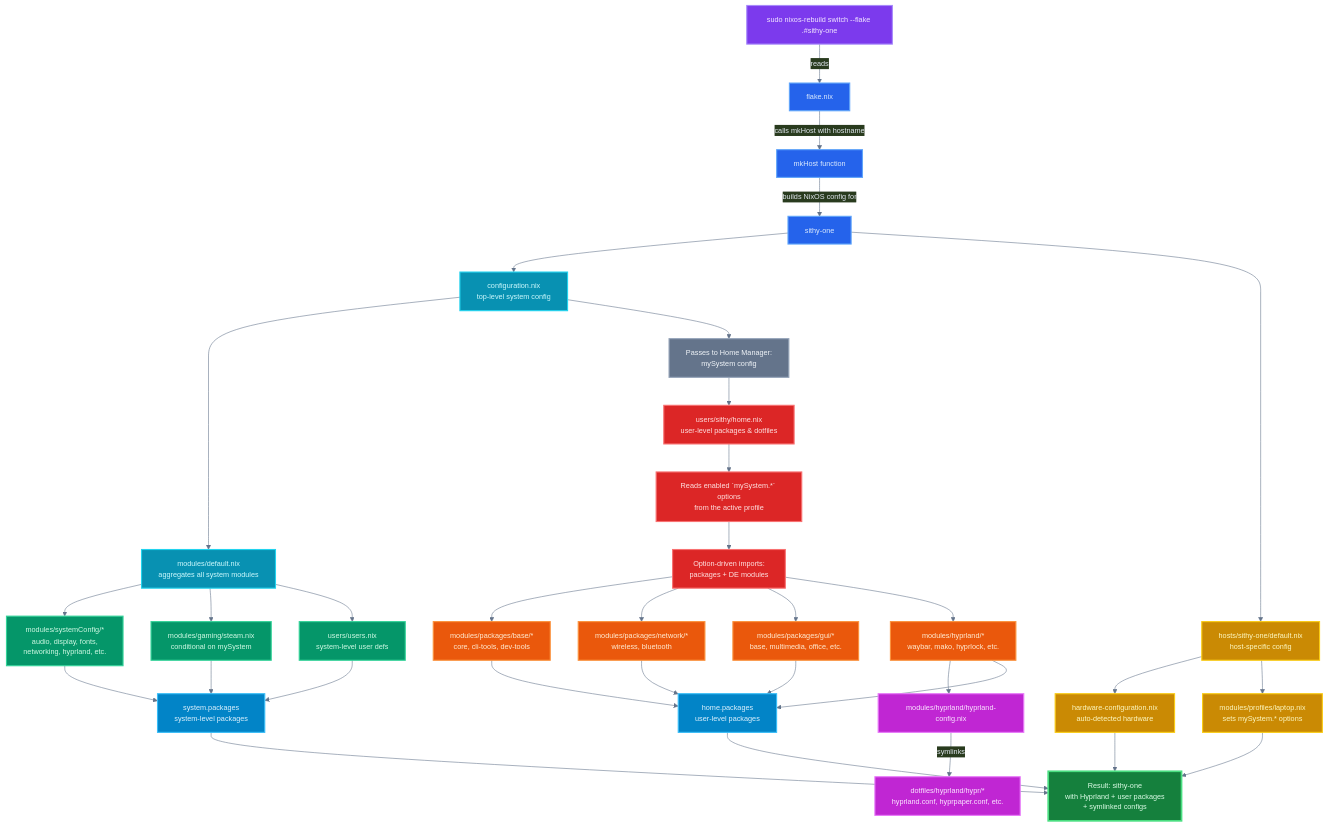
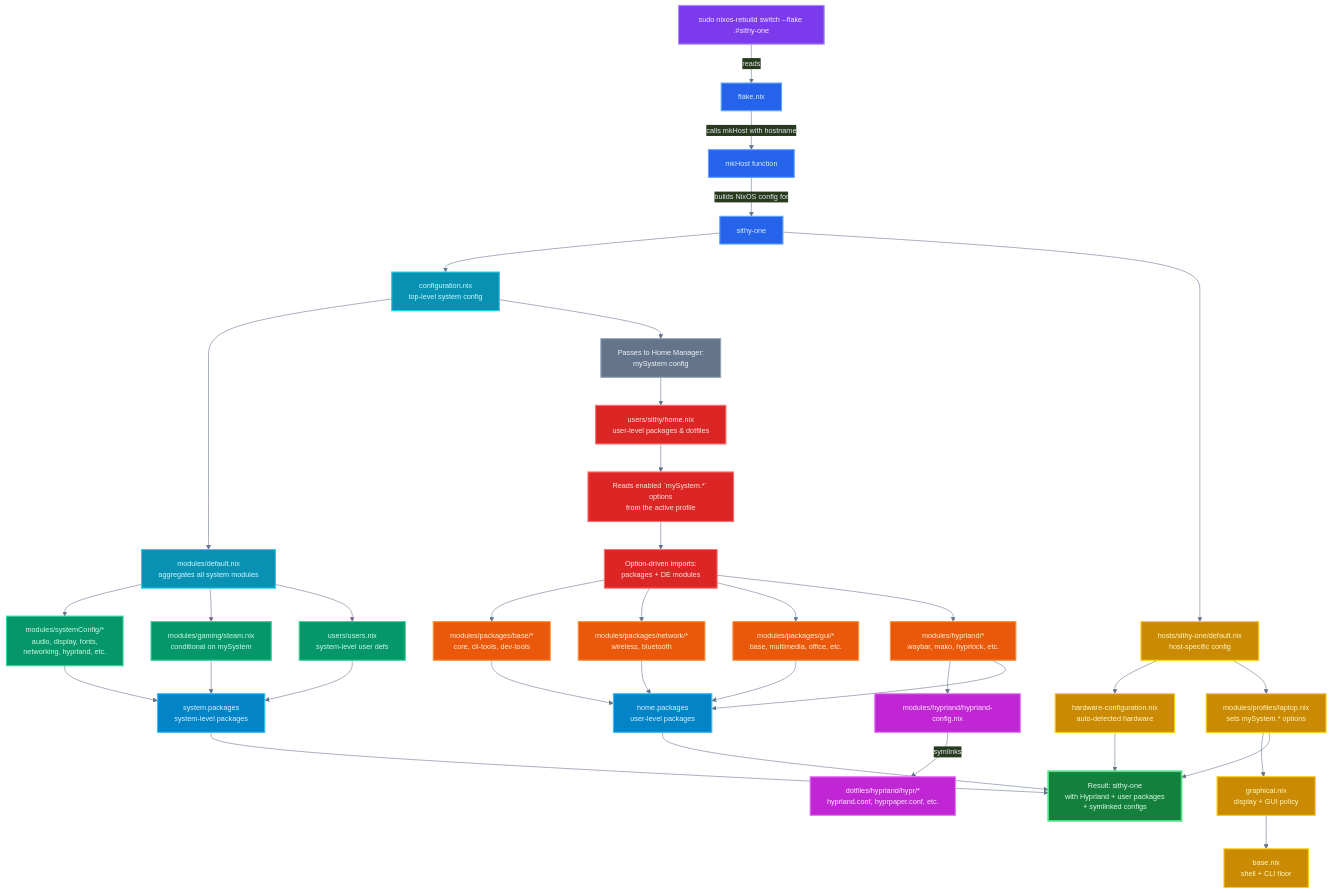
One commit to sithypenguin/nix-config changed the diagram in README.md. Above: the diagram before and after it, drawn with Mermaid. The commit also changed other lines of this file and 10 other files, not shown here.

````diff
--- a/README.md
+++ b/README.md
@@ -44,62 +83,64 @@
 ```mermaid
 %%{init: {'theme':'base', 'themeVariables': {
   'primaryColor':'#1e293b',
   'primaryTextColor':'#e2e8f0',
   'primaryBorderColor':'#475569',
   'lineColor':'#64748b',
   'fontSize':'13px',
   'fontFamily':'monospace'
 }}}%%
 graph TD
     A["sudo nixos-rebuild switch --flake .#sithy-one"]:::command -->|reads| B["flake.nix"]:::flake
     B -->|calls mkHost with hostname| C["mkHost function"]:::flake
     C -->|builds NixOS config for| D["sithy-one"]:::flake
-    
+
     D --> E["configuration.nix<br/>top-level system config"]:::sysConfig
     E --> F["modules/default.nix<br/>aggregates all system modules"]:::sysConfig
     F --> G["modules/systemConfig/*<br/>audio, display, fonts,<br/>networking, hyprland, etc."]:::sysModules
     F --> H["modules/gaming/steam.nix<br/>conditional on mySystem"]:::sysModules
     F --> I["users/users.nix<br/>system-level user defs"]:::sysModules
-    
+
     D --> J["hosts/sithy-one/default.nix<br/>host-specific config"]:::hostFiles
     J --> K["hardware-configuration.nix<br/>auto-detected hardware"]:::hostFiles
     J --> L["modules/profiles/laptop.nix<br/>sets mySystem.* options"]:::hostFiles
-    
-   E --> M["Passes to Home Manager:<br/>mySystem config"]:::bridge
+    L --> L2["graphical.nix<br/>display + GUI policy"]:::hostFiles
+    L2 --> L3["base.nix<br/>shell + CLI floor"]:::hostFiles
+
+    E --> M["Passes to Home Manager:<br/>mySystem config"]:::bridge
     M --> N["users/sithy/home.nix<br/>user-level packages & dotfiles"]:::hmConfig
-   N --> O["Reads enabled `mySystem.*` options<br/>from the active profile"]:::hmConfig
-   O --> P["Option-driven imports:<br/>packages + DE modules"]:::hmConfig
-   P --> Q["modules/packages/base/*<br/>core, cli-tools, dev-tools"]:::packages
-   P --> R["modules/packages/network/*<br/>wireless, bluetooth"]:::packages
-   P --> S["modules/packages/gui/*<br/>base, multimedia, office, etc."]:::packages
-   P --> T["modules/hyprland/*<br/>waybar, mako, hyprlock, etc."]:::packages
-    
+    N --> O["Reads enabled `mySystem.*` options<br/>from the active profile"]:::hmConfig
+    O --> P["Option-driven imports:<br/>packages + DE modules"]:::hmConfig
+    P --> Q["modules/packages/base/*<br/>core, cli-tools, dev-tools"]:::packages
+    P --> R["modules/packages/network/*<br/>wireless, bluetooth"]:::packages
+    P --> S["modules/packages/gui/*<br/>base, multimedia, office, etc."]:::packages
+    P --> T["modules/hyprland/*<br/>waybar, mako, hyprlock, etc."]:::packages
+
     T --> U["modules/hyprland/hyprland-config.nix"]:::dotfiles
     U -->|symlinks| V["dotfiles/hyprland/hypr/*<br/>hyprland.conf, hyprpaper.conf, etc."]:::dotfiles
-    
+
     Q --> W["home.packages<br/>user-level packages"]:::output
     R --> W
     S --> W
     T --> W
-    
+
     G --> X["system.packages<br/>system-level packages"]:::output
     H --> X
     I --> X
-    
+
     W --> Y["Result: sithy-one<br/>with Hyprland + user packages<br/>+ symlinked configs"]:::final
     X --> Y
     L --> Y
     K --> Y
-    
+
     classDef command fill:#7c3aed,stroke:#a78bfa,stroke-width:2px,color:#f3e8ff
     classDef flake fill:#2563eb,stroke:#60a5fa,stroke-width:2px,color:#dbeafe
     classDef sysConfig fill:#0891b2,stroke:#22d3ee,stroke-width:2px,color:#cffafe
     classDef sysModules fill:#059669,stroke:#34d399,stroke-width:2px,color:#d1fae5
     classDef hostFiles fill:#ca8a04,stroke:#facc15,stroke-width:2px,color:#fef9c3
     classDef bridge fill:#64748b,stroke:#94a3b8,stroke-width:2px,color:#f1f5f9
     classDef hmConfig fill:#dc2626,stroke:#f87171,stroke-width:2px,color:#fee2e2
     classDef packages fill:#ea580c,stroke:#fb923c,stroke-width:2px,color:#ffedd5
     classDef dotfiles fill:#c026d3,stroke:#e879f9,stroke-width:2px,color:#fae8ff
     classDef output fill:#0284c7,stroke:#38bdf8,stroke-width:2px,color:#e0f2fe
     classDef final fill:#15803d,stroke:#4ade80,stroke-width:3px,color:#dcfce7
 ```
````
